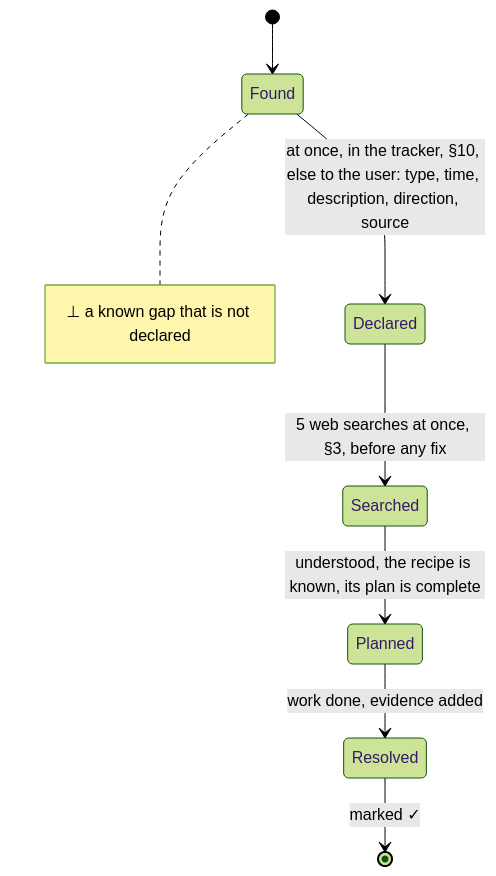
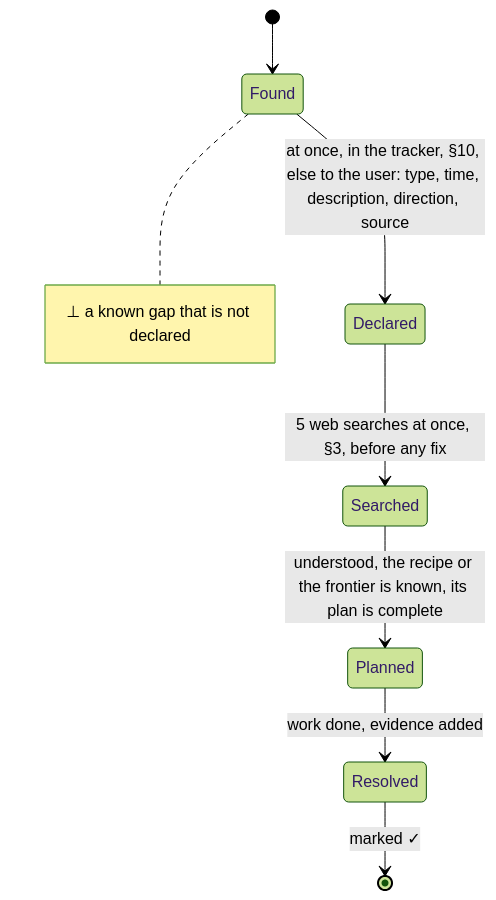
One commit to SolenixAI/arbiter changed diagram 13 of 14 in AGENTS.md. Above: the diagram before and after it, drawn with Mermaid (forest theme). The commit also changed other lines of this file and 2 other files, not shown here.

First line of the commit message:
docs(arbiter): fix fresh-review findings: blocker, view as reference, frontier exit

````diff
--- a/AGENTS.md
+++ b/AGENTS.md
@@ -615,10 +619,10 @@
 ```mermaid
 stateDiagram-v2
   [*] --> Found
   Found --> Declared: at once, in the tracker, §10, else to the user: type, time, description, direction, source
   Declared --> Searched: 5 web searches at once, §3, before any fix
-  Searched --> Planned: understood, the recipe is known, its plan is complete
+  Searched --> Planned: understood, the recipe or the frontier is known, its plan is complete
   Planned --> Resolved: work done, evidence added
   Resolved --> [*]: marked ✓
   note right of Found : ⊥ a known gap that is not declared
 ```
````
